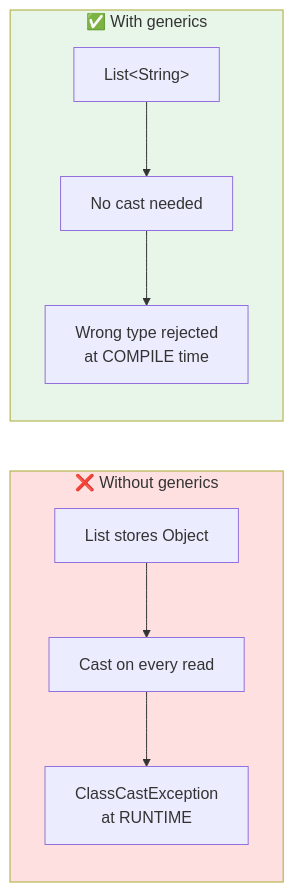
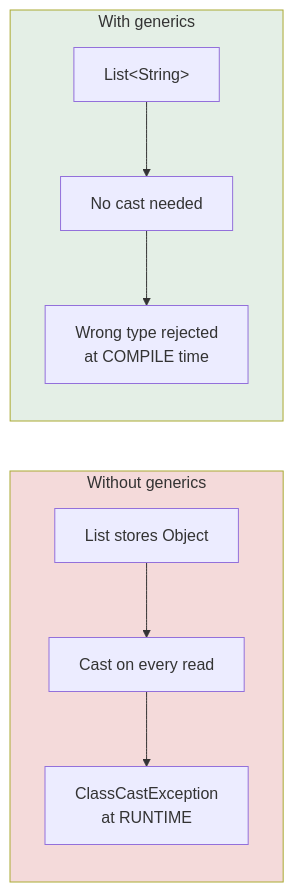
One commit to kundankumarsharma56/Leaning-Java changed the diagram in src/Theory/11-Advanced-Concepts/01-Generics.md. Above: the diagram before and after it, drawn with Mermaid. The commit also changed other lines of this file and 84 other files, not shown here.

````diff
--- a/src/Theory/11-Advanced-Concepts/01-Generics.md
+++ b/src/Theory/11-Advanced-Concepts/01-Generics.md
@@ -25,11 +25,11 @@
 ```mermaid
 flowchart LR
-    subgraph OLD["❌ Without generics"]
+    subgraph OLD["Without generics"]
         A["List stores Object"] --> B["Cast on every read"] --> C["ClassCastException<br/>at RUNTIME"]
     end
-    subgraph NEW["✅ With generics"]
+    subgraph NEW["With generics"]
         D["List&lt;String&gt;"] --> E["No cast needed"] --> F["Wrong type rejected<br/>at COMPILE time"]
     end
-    style OLD fill:#ffe0e0
-    style NEW fill:#e8f5e9
+    style OLD fill:#f4dada
+    style NEW fill:#e4efe6
 ```
````
